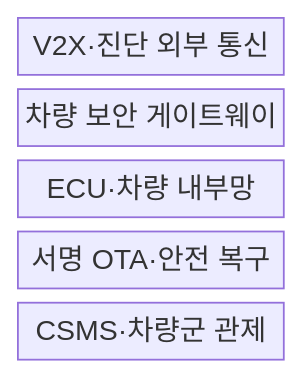
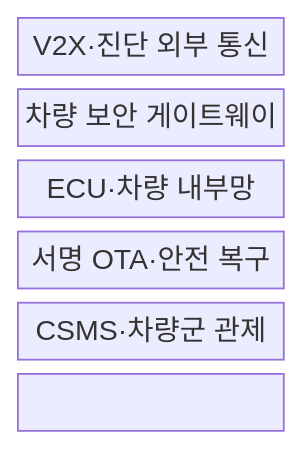
Before and after one commit to agnusdei1207/knowledge-base: the first of 2 diagrams in src/content/docs/notes/05-security/134_vehicle_cybersecurity_v2x.md, drawn with Mermaid. The commit also changed other lines of this file and 151 other files, not shown here.

````diff
--- a/src/content/docs/notes/05-security/134_vehicle_cybersecurity_v2x.md
+++ b/src/content/docs/notes/05-security/134_vehicle_cybersecurity_v2x.md
@@ -56,9 +56,11 @@
 ```mermaid
 block-beta
   columns 1
   V["V2X·진단 외부 통신"]
   G["차량 보안 게이트웨이"]
   E["ECU·차량 내부망"]
   U["서명 OTA·안전 복구"]
   F["CSMS·차량군 관제"]
+  V --- G --- E
+  E --- U --- F
 ```
````
